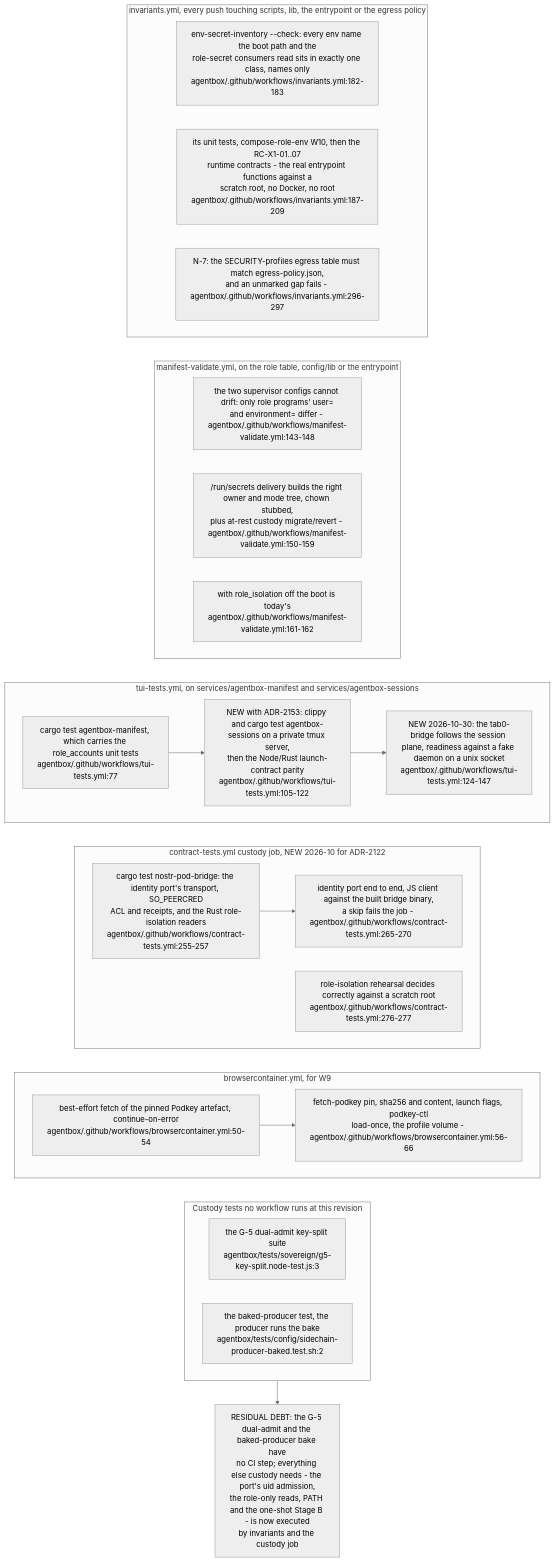
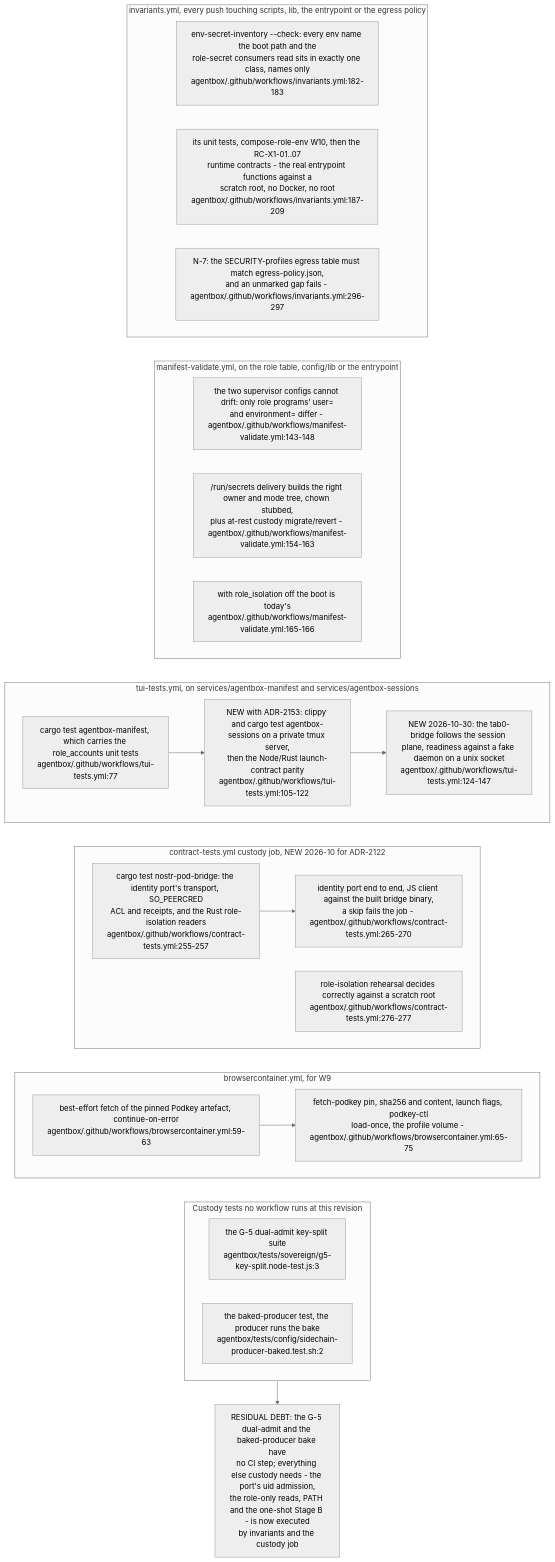
One commit to DreamLab-AI/VisionFlow changed diagram 24 of 24 in docs/diagrams/estate/09-build-deploy-and-ci-estate.md. Above: the diagram before and after it, drawn with Mermaid (neutral theme). The commit also changed other lines of this file and 5 other files, not shown here.

````diff
--- a/docs/diagrams/estate/09-build-deploy-and-ci-estate.md
+++ b/docs/diagrams/estate/09-build-deploy-and-ci-estate.md
@@ -875,41 +875,41 @@
 ```mermaid
 flowchart TB
     subgraph INV["invariants.yml, every push touching scripts, lib, the entrypoint or the egress policy"]
         I1["env-secret-inventory --check: every env name the boot path and the<br/>role-secret consumers read sits in exactly one class, names only<br/>agentbox/.github/workflows/invariants.yml:182-183"]
         I2["its unit tests, compose-role-env W10, then the RC-X1-01..07<br/>runtime contracts - the real entrypoint functions against a<br/>scratch root, no Docker, no root<br/>agentbox/.github/workflows/invariants.yml:187-209"]
         I3["N-7: the SECURITY-profiles egress table must match egress-policy.json,<br/>and an unmarked gap fails - agentbox/.github/workflows/invariants.yml:296-297"]
     end
     subgraph MV["manifest-validate.yml, on the role table, config/lib or the entrypoint"]
         M1["the two supervisor configs cannot drift: only role programs' user=<br/>and environment= differ - agentbox/.github/workflows/manifest-validate.yml:143-148"]
-        M2["/run/secrets delivery builds the right owner and mode tree, chown stubbed,<br/>plus at-rest custody migrate/revert - agentbox/.github/workflows/manifest-validate.yml:150-159"]
-        M3["with role_isolation off the boot is today's<br/>agentbox/.github/workflows/manifest-validate.yml:161-162"]
+        M2["/run/secrets delivery builds the right owner and mode tree, chown stubbed,<br/>plus at-rest custody migrate/revert - agentbox/.github/workflows/manifest-validate.yml:154-163"]
+        M3["with role_isolation off the boot is today's<br/>agentbox/.github/workflows/manifest-validate.yml:165-166"]
     end
     subgraph TUI["tui-tests.yml, on services/agentbox-manifest and services/agentbox-sessions"]
         T1["cargo test agentbox-manifest, which carries the role_accounts unit tests<br/>agentbox/.github/workflows/tui-tests.yml:77"]
         T2["NEW with ADR-2153: clippy and cargo test agentbox-sessions on a private tmux server,<br/>then the Node/Rust launch-contract parity<br/>agentbox/.github/workflows/tui-tests.yml:105-122"]
         T3["NEW 2026-10-30: the tab0-bridge follows the session plane, readiness against a fake daemon on a unix socket<br/>agentbox/.github/workflows/tui-tests.yml:124-147"]
         T1 --> T2
         T2 --> T3
     end
     subgraph CT["contract-tests.yml custody job, NEW 2026-10 for ADR-2122"]
         C1["cargo test nostr-pod-bridge: the identity port's transport, SO_PEERCRED<br/>ACL and receipts, and the Rust role-isolation readers<br/>agentbox/.github/workflows/contract-tests.yml:255-257"]
         C2["identity port end to end, JS client against the built bridge binary,<br/>a skip fails the job - agentbox/.github/workflows/contract-tests.yml:265-270"]
         C3["role-isolation rehearsal decides correctly against a scratch root<br/>agentbox/.github/workflows/contract-tests.yml:276-277"]
         C1 --> C2
     end
     subgraph BC["browsercontainer.yml, for W9"]
-        B1["best-effort fetch of the pinned Podkey artefact, continue-on-error<br/>agentbox/.github/workflows/browsercontainer.yml:50-54"]
-        B2["fetch-podkey pin, sha256 and content, launch flags, podkey-ctl<br/>load-once, the profile volume - agentbox/.github/workflows/browsercontainer.yml:56-66"]
+        B1["best-effort fetch of the pinned Podkey artefact, continue-on-error<br/>agentbox/.github/workflows/browsercontainer.yml:59-63"]
+        B2["fetch-podkey pin, sha256 and content, launch flags, podkey-ctl<br/>load-once, the profile volume - agentbox/.github/workflows/browsercontainer.yml:65-75"]
         B1 --> B2
     end
     subgraph NONE["Custody tests no workflow runs at this revision"]
         N1["the G-5 dual-admit key-split suite<br/>agentbox/tests/sovereign/g5-key-split.node-test.js:3"]
         N2["the baked-producer test, the producer runs the bake<br/>agentbox/tests/config/sidechain-producer-baked.test.sh:2"]
     end
     INV ~~~ MV
     MV ~~~ TUI
     TUI ~~~ CT
     CT ~~~ BC
     BC ~~~ NONE
     NONE --> D["RESIDUAL DEBT: the G-5 dual-admit and the baked-producer bake have<br/>no CI step; everything else custody needs - the port's uid admission,<br/>the role-only reads, PATH and the one-shot Stage B - is now executed<br/>by invariants and the custody job"]
 ```
````
